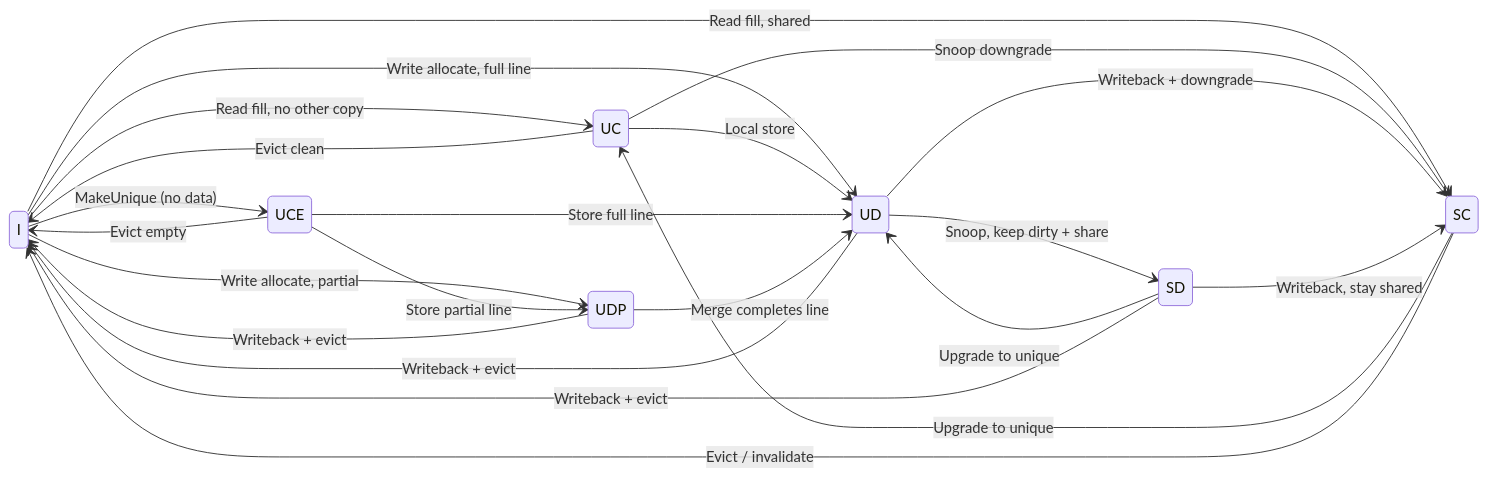
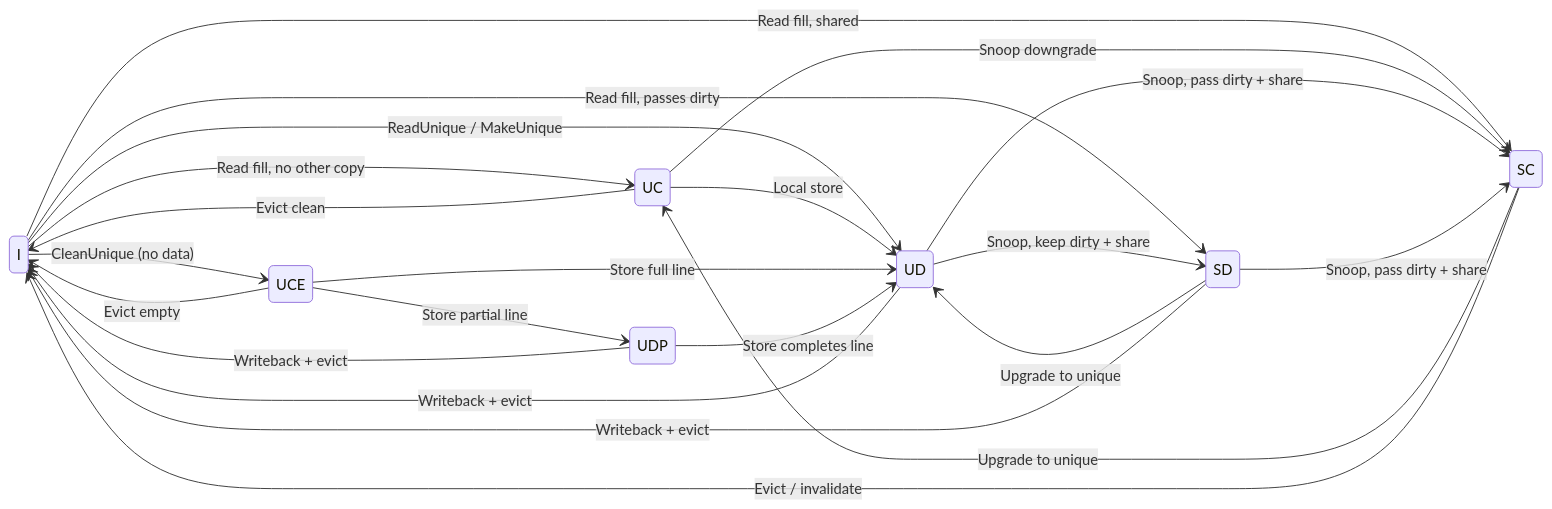
One commit to ripopov/gem5 changed the first of 15 diagrams in ruby-book/slides/CHI_Protocol_Deck.md. Above: the diagram before and after it, drawn with Mermaid. The commit also changed other lines of this file and 2 other files, not shown here.

````diff
--- a/ruby-book/slides/CHI_Protocol_Deck.md
+++ b/ruby-book/slides/CHI_Protocol_Deck.md
@@ -1108,32 +1108,32 @@
 ```mermaid
 stateDiagram-v2
     direction LR
 
     I --> UC: Read fill, no other copy
     I --> SC: Read fill, shared
-    I --> UCE: MakeUnique (no data)
-    I --> UD: Write allocate, full line
-    I --> UDP: Write allocate, partial
+    I --> SD: Read fill, passes dirty
+    I --> UCE: CleanUnique (no data)
+    I --> UD: ReadUnique / MakeUnique
 
     SC --> UC: Upgrade to unique
     SC --> I: Evict / invalidate
 
     UC --> UD: Local store
     UC --> SC: Snoop downgrade
     UC --> I: Evict clean
 
     UCE --> UD: Store full line
     UCE --> UDP: Store partial line
     UCE --> I: Evict empty
 
     UD --> SD: Snoop, keep dirty + share
-    UD --> SC: Writeback + downgrade
+    UD --> SC: Snoop, pass dirty + share
     UD --> I: Writeback + evict
 
-    UDP --> UD: Merge completes line
+    UDP --> UD: Store completes line
     UDP --> I: Writeback + evict
 
     SD --> UD: Upgrade to unique
-    SD --> SC: Writeback, stay shared
+    SD --> SC: Snoop, pass dirty + share
     SD --> I: Writeback + evict
 ```
````
